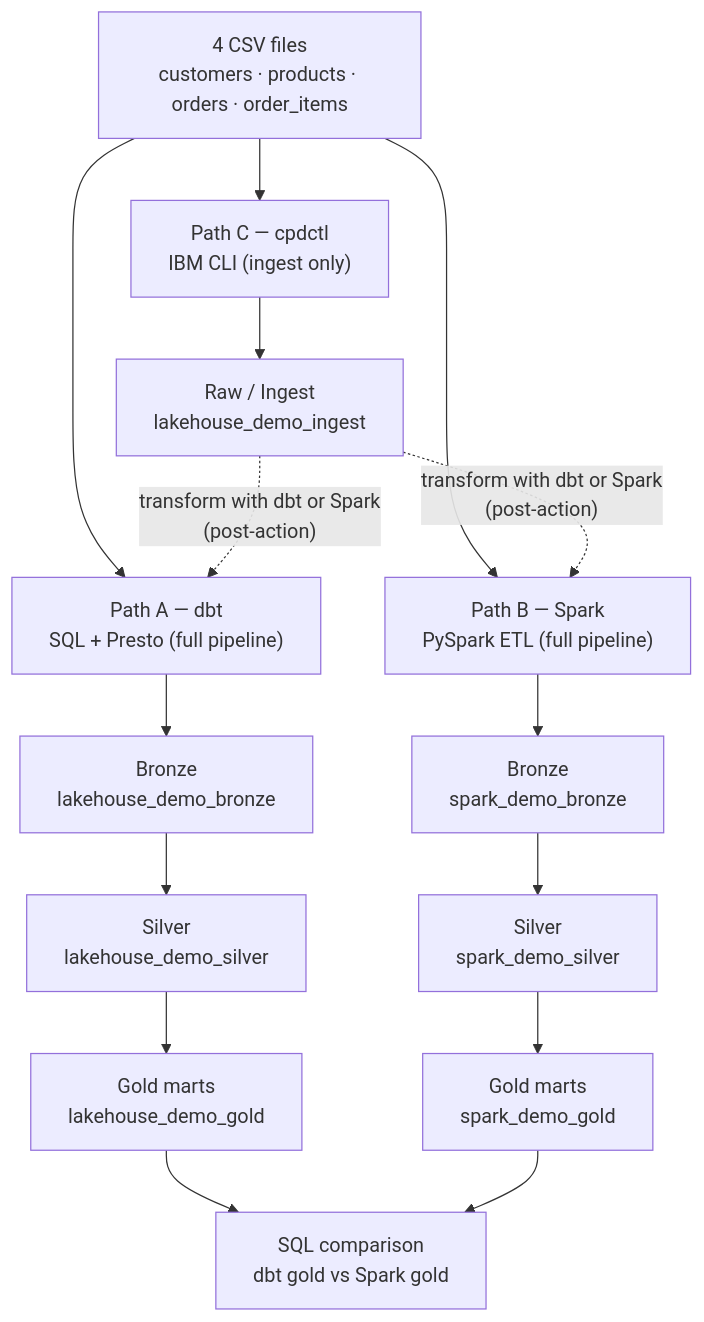
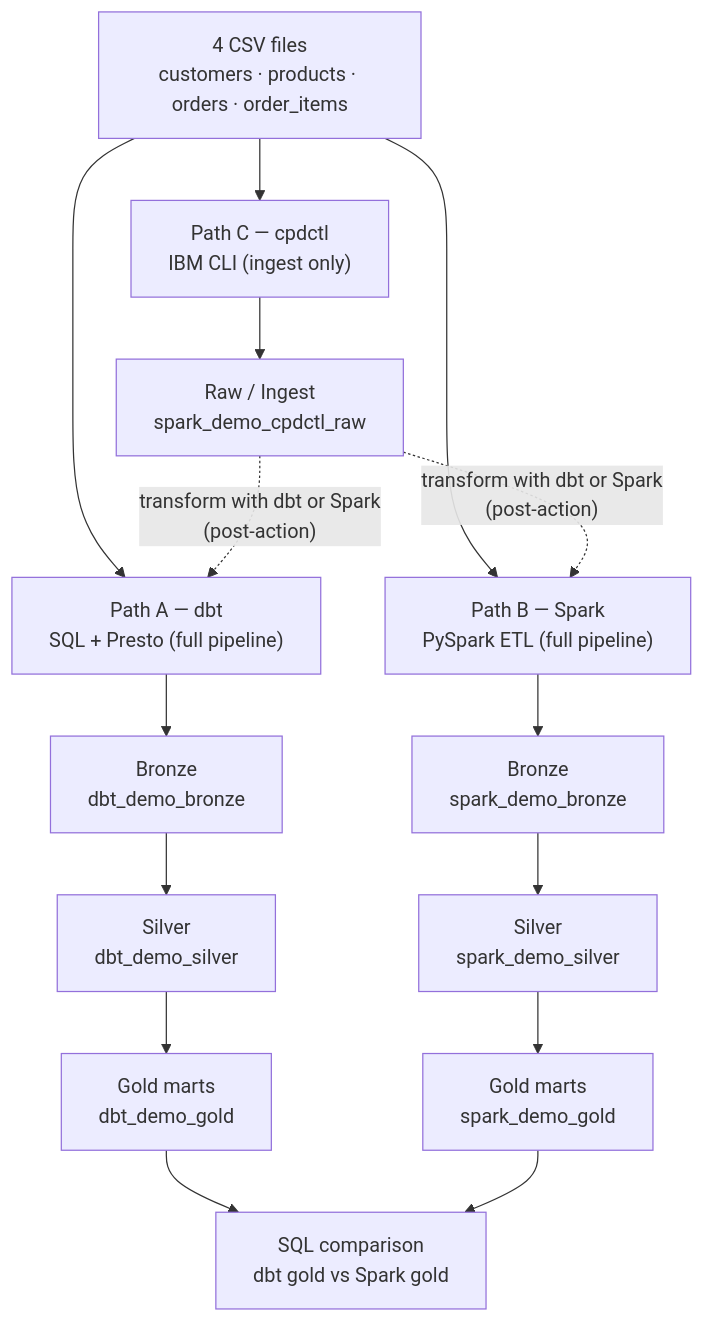
The first of 2 diagrams in docs/index.md (aseelert/ibmas-watsonxdata-dbt), drawn with Mermaid before and after one commit. The commit also changed other lines of this file and 32 other files, not shown here.

First line of the commit message:
refactor(storage): self-documenting schema names, uniform bucket-root layout

````diff
--- a/docs/index.md
+++ b/docs/index.md
@@ -48,24 +48,24 @@
 ```mermaid
 flowchart TB
   csv["4 CSV files\ncustomers · products · orders · order_items"]
 
   csv --> dbt_path["Path A — dbt\nSQL + Presto (full pipeline)"]
   csv --> spark_path["Path B — Spark\nPySpark ETL (full pipeline)"]
   csv --> cpdctl_path["Path C — cpdctl\nIBM CLI (ingest only)"]
 
-  dbt_path --> bronze["Bronze\nlakehouse_demo_bronze"]
+  dbt_path --> bronze["Bronze\ndbt_demo_bronze"]
   spark_path --> spark_bronze["Bronze\nspark_demo_bronze"]
-  cpdctl_path --> ingest_raw["Raw / Ingest\nlakehouse_demo_ingest"]
+  cpdctl_path --> ingest_raw["Raw / Ingest\nspark_demo_cpdctl_raw"]
 
-  bronze --> silver["Silver\nlakehouse_demo_silver"]
+  bronze --> silver["Silver\ndbt_demo_silver"]
   spark_bronze --> spark_silver["Silver\nspark_demo_silver"]
 
-  silver --> gold["Gold marts\nlakehouse_demo_gold"]
+  silver --> gold["Gold marts\ndbt_demo_gold"]
   spark_silver --> spark_gold["Gold marts\nspark_demo_gold"]
 
   ingest_raw -. "transform with dbt or Spark\n(post-action)" .-> dbt_path
   ingest_raw -. "transform with dbt or Spark\n(post-action)" .-> spark_path
 
   gold --> compare["SQL comparison\ndbt gold vs Spark gold"]
   spark_gold --> compare
 ```
````
